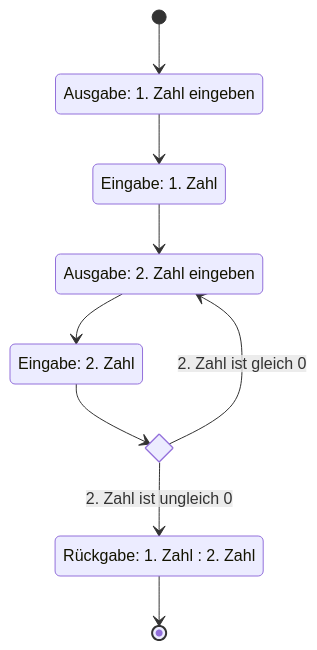
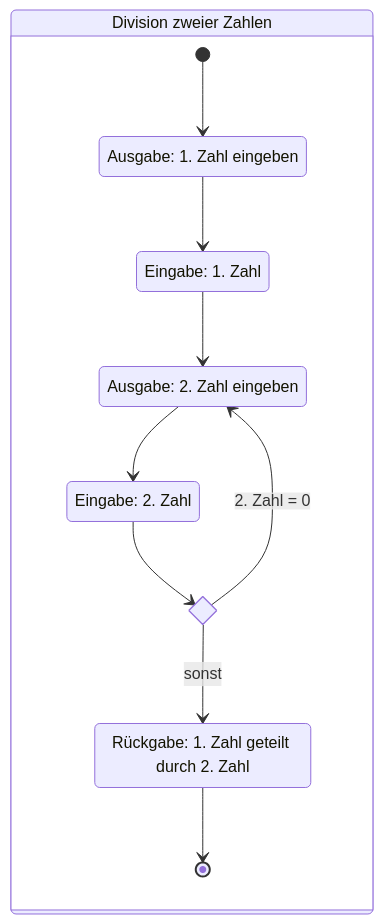
Before and after one commit to jappuccini/java-docs: the diagram in docs/documentation/activity-diagrams.md, drawn with Mermaid. The commit also changed 5 other files, not shown here.

Commit message:
Update Activity Diagrams and Add New Exam Exercises

````diff
--- a/docs/documentation/activity-diagrams.md
+++ b/docs/documentation/activity-diagrams.md
@@ -27,17 +27,21 @@
 ```mermaid
 stateDiagram-v2
-    state "Eingabe: 1. Zahl" as input1
-    state "Eingabe: 2. Zahl" as input2
-    state "Ausgabe: 1. Zahl eingeben" as output1
-    state "Ausgabe: 2. Zahl eingeben" as output2
-    state "Rückgabe: 1. Zahl : 2. Zahl" as activity1
+    state "Ausgabe: 1. Zahl eingeben" as state1
+    state "Eingabe: 1. Zahl" as state2
+    state "Ausgabe: 2. Zahl eingeben" as state3
+    state "Eingabe: 2. Zahl" as state4
+    state "Rückgabe: 1. Zahl geteilt durch 2. Zahl" as state5
+
     state if <<choice>>
-    [*] --> output1
-    output1 --> input1
-    input1 --> output2
-    output2 --> input2
-    input2 --> if
-    if --> output2 : 2. Zahl ist gleich 0
-    if --> activity1: 2. Zahl ist ungleich 0
-    activity1 --> [*]
+
+    state "Division zweier Zahlen" as main {
+        [*] --> state1
+        state1 --> state2
+        state2 --> state3
+        state3 --> state4
+        state4 --> if
+        if --> state3: 2. Zahl = 0
+        if --> state5: sonst
+        state5 --> [*]
+    }
 ```
````
